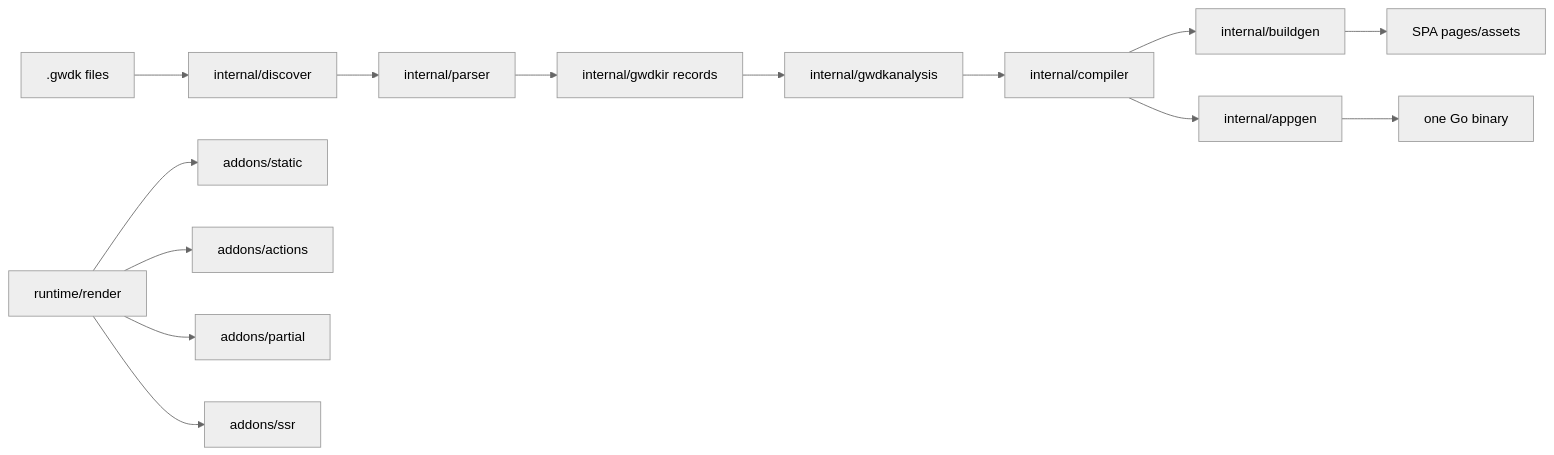
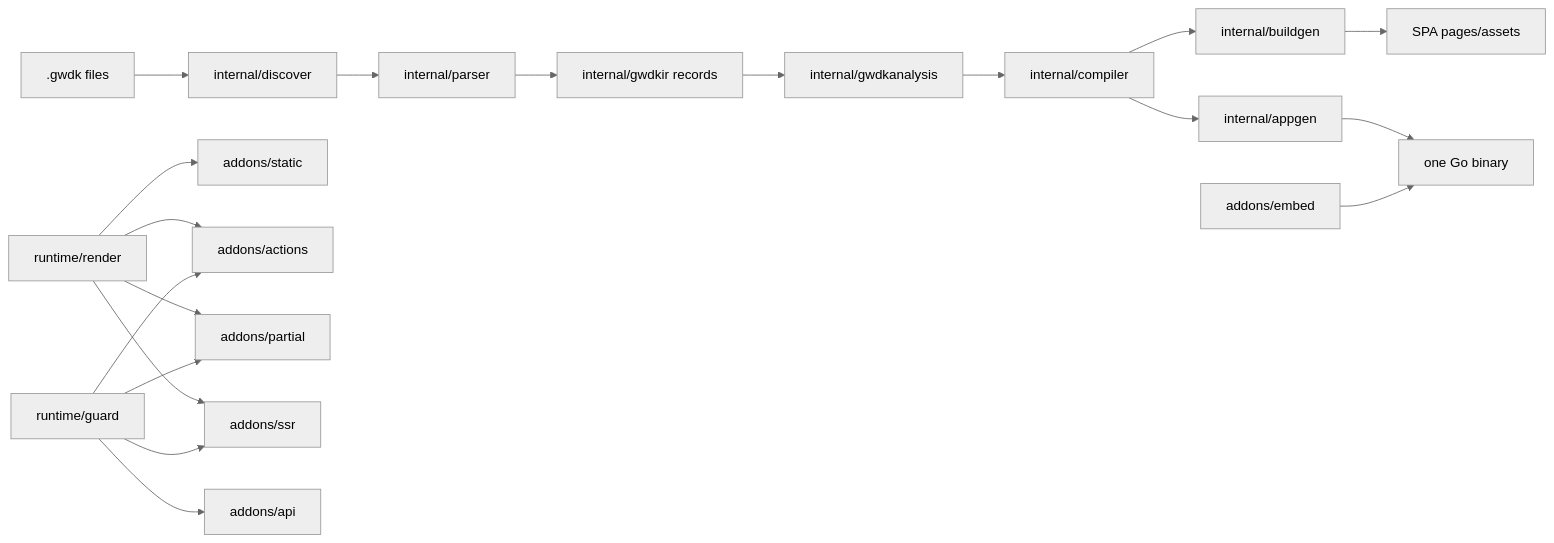
Before and after one commit to cssbruno/GoWDK: the diagram in docs/engineering/architecture.md, drawn with Mermaid (neutral theme). The commit also changed other lines of this file and 23 other files, not shown here.

````diff
--- a/docs/engineering/architecture.md
+++ b/docs/engineering/architecture.md
@@ -336,17 +340,22 @@
 ```mermaid
 flowchart LR
   Source[.gwdk files] --> Discover[internal/discover]
   Discover --> Parser[internal/parser]
   Parser --> IR[internal/gwdkir records]
   IR --> Assembly[internal/gwdkanalysis]
   Assembly --> Compiler[internal/compiler]
   Compiler --> Buildgen[internal/buildgen]
   Compiler --> Appgen[internal/appgen]
   Buildgen --> SPA[SPA pages/assets]
   Appgen --> Binary[one Go binary]
+  Embed[addons/embed] --> Binary
 
   Render[runtime/render] --> StaticAddon[addons/static]
   Render --> ActionsAddon[addons/actions]
   Render --> PartialAddon[addons/partial]
   Render --> SSRAddon[addons/ssr]
+  Guard[runtime/guard] --> ActionsAddon
+  Guard --> APIAddon[addons/api]
+  Guard --> PartialAddon
+  Guard --> SSRAddon
 ```
````
